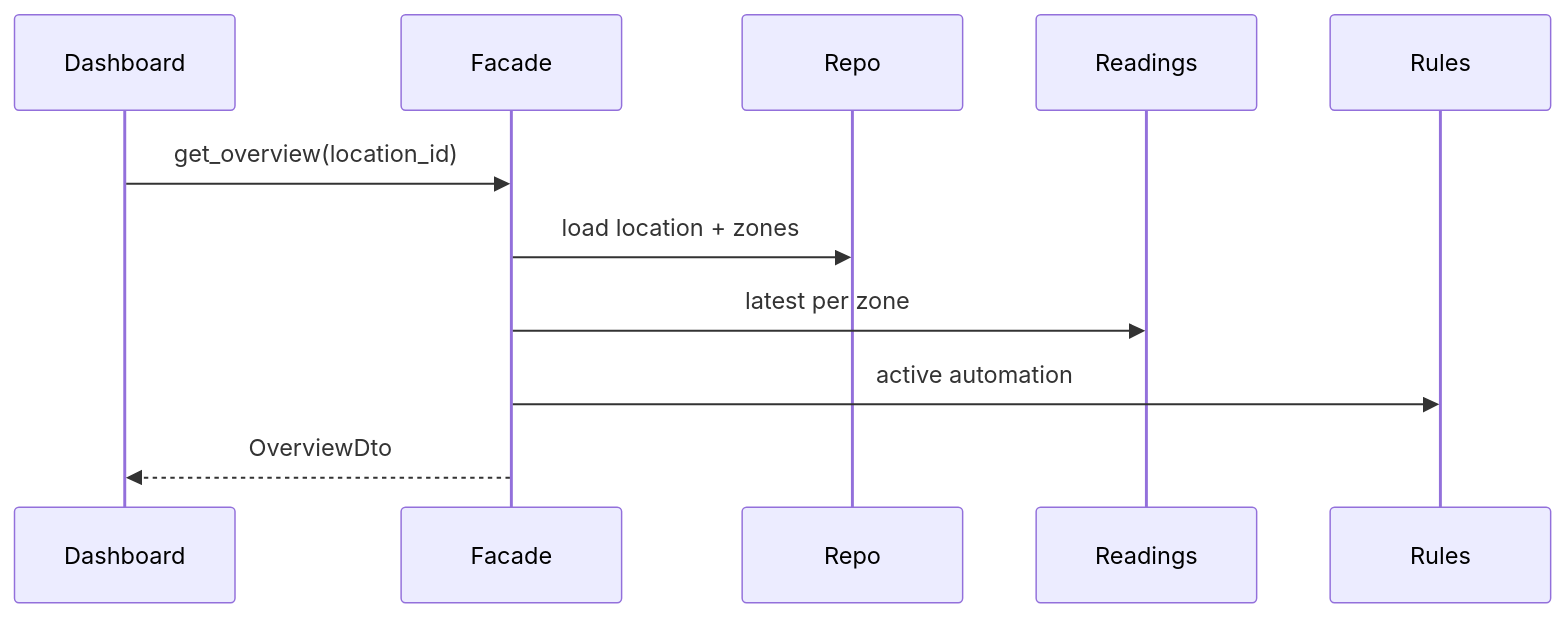
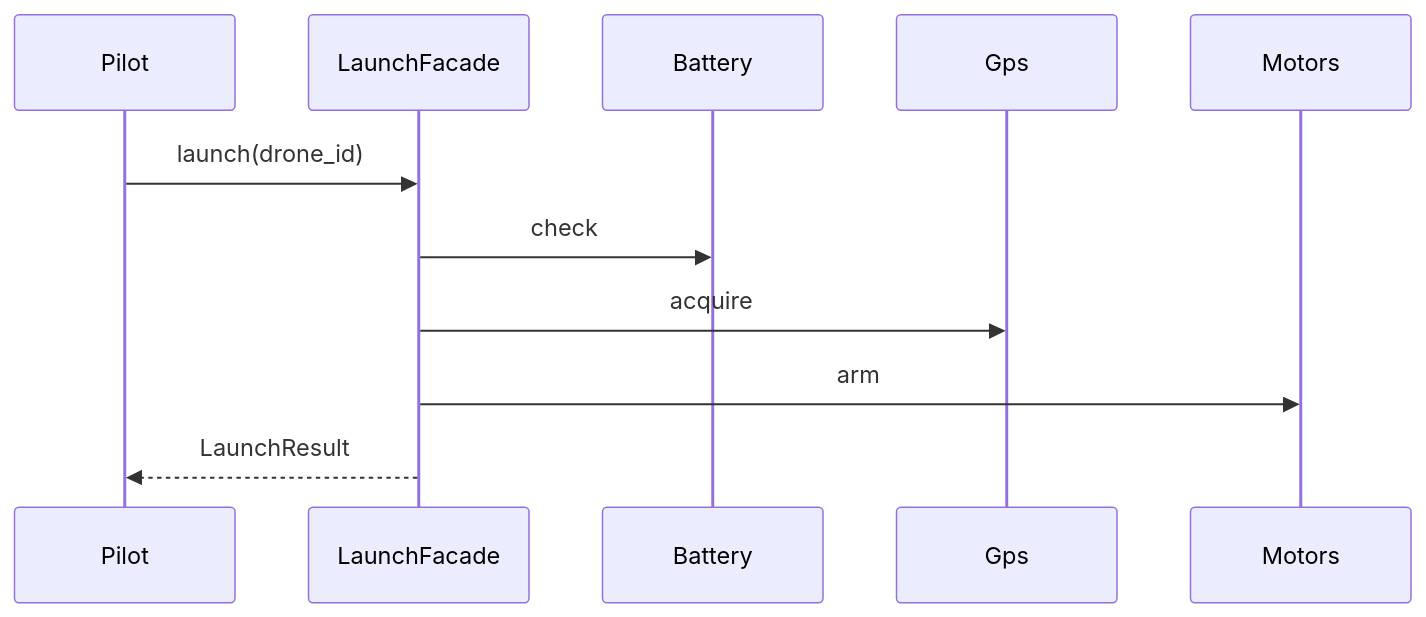
The diagram in materials/guides/07-facade.md (dhrumil0402/DesignPatternsMats-2026), drawn with Mermaid before and after one commit. The commit also changed other lines of this file and 3 other files, not shown here.

````diff
--- a/materials/guides/07-facade.md
+++ b/materials/guides/07-facade.md
@@ -58,13 +56,13 @@
 ```mermaid
 sequenceDiagram
-  participant Client as Dashboard
-  participant Facade
-  participant Repo
-  participant Readings
-  participant Rules
-  Client->>Facade: get_overview(location_id)
-  Facade->>Repo: load location + zones
-  Facade->>Readings: latest per zone
-  Facade->>Rules: active automation
-  Facade-->>Client: OverviewDto
+  participant Client as Pilot
+  participant Facade as LaunchFacade
+  participant Battery
+  participant Gps
+  participant Motors
+  Client->>Facade: launch(drone_id)
+  Facade->>Battery: check
+  Facade->>Gps: acquire
+  Facade->>Motors: arm
+  Facade-->>Client: LaunchResult
 ```
````
